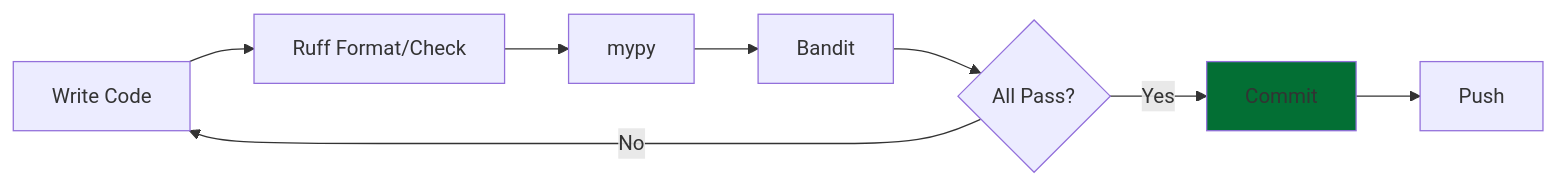
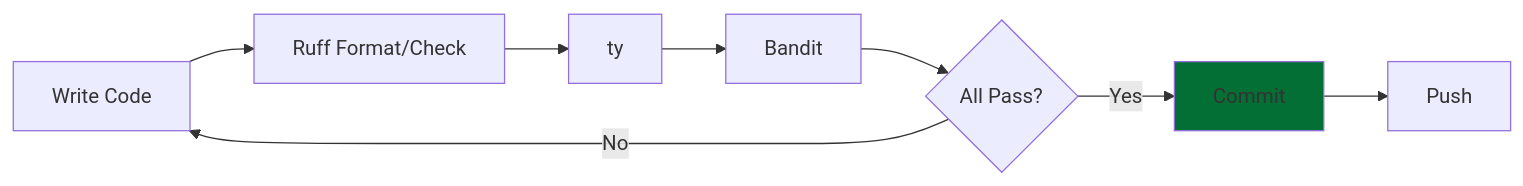
The diagram in quality_tools/slides.md (vuillaut/lectures), drawn with Mermaid before and after one commit. The commit also changed other lines of this file, not shown here.

````diff
--- a/quality_tools/slides.md
+++ b/quality_tools/slides.md
@@ -706,12 +839,12 @@
 ```mermaid {scale: 0.7}
 graph LR
     A[Write Code] --> B[Ruff Format/Check]
-    B --> D[mypy]
+    B --> D[ty]
     D --> E[Bandit]
     E --> F{All Pass?}
     F -->|Yes| G[Commit]
     F -->|No| A
     G --> H[Push]
     
     style G fill: #036f34
 ```
````
